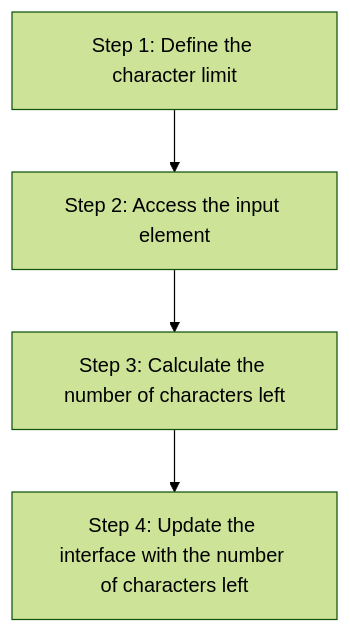
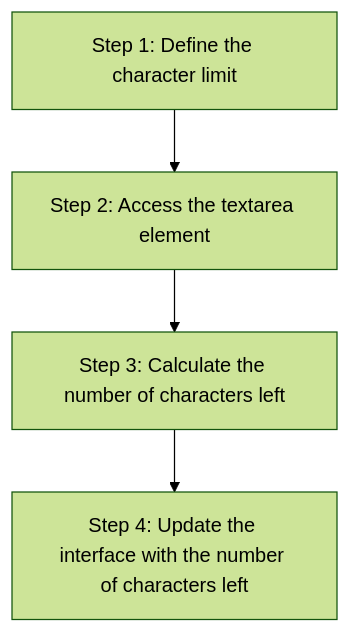
One commit to CodeYourFuture/curriculum changed the diagram in content/js2/blocks/events/index.md. Above: the diagram before and after it, drawn with Mermaid (forest theme). The commit also changed other lines of this file, not shown here.

````diff
--- a/content/js2/blocks/events/index.md
+++ b/content/js2/blocks/events/index.md
@@ -13,4 +13,4 @@
 ```mermaid
 flowchart TD
-A[Step 1: Define the character limit] --> B[Step 2: Access the input element] --> C[Step 3: Calculate the number of characters left] --> D[Step 4: Update the interface with the number of characters left]
+A[Step 1: Define the character limit] --> B[Step 2: Access the textarea element] --> C[Step 3: Calculate the number of characters left] --> D[Step 4: Update the interface with the number of characters left]
 ```
````
